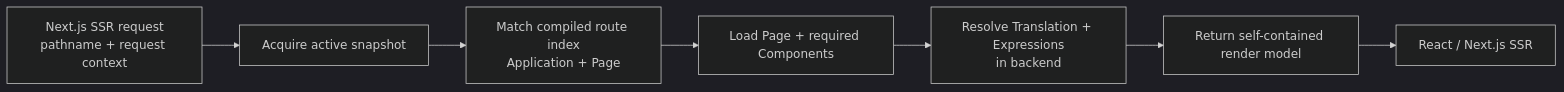
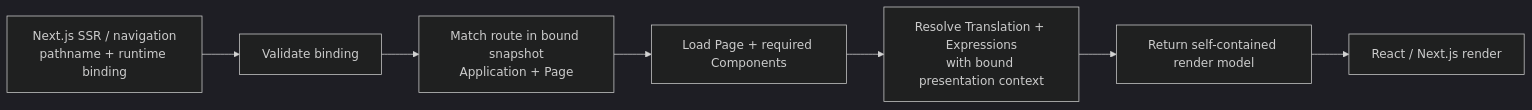
The third of 4 diagrams in content/versions/v0/manuals/runtime.mdx (taskmigo/docs), drawn with Mermaid (dark theme) before and after one commit. The commit also changed other lines of this file, not shown here.

Commit message:
docs: define runtime binding lifecycle

````diff
--- a/content/versions/v0/manuals/runtime.mdx
+++ b/content/versions/v0/manuals/runtime.mdx
@@ -62,9 +125,9 @@
 ```mermaid
 flowchart LR
-  request["Next.js SSR request\npathname + request context"] --> acquire["Acquire active snapshot"]
-  acquire --> route["Match compiled route index\nApplication + Page"]
+  request["Next.js SSR / navigation\npathname + runtime binding"] --> validate["Validate binding"]
+  validate --> route["Match route in bound snapshot\nApplication + Page"]
   route --> render["Load Page + required Components"]
-  render --> expression["Resolve Translation + Expressions\nin backend"]
+  render --> expression["Resolve Translation + Expressions\nwith bound presentation context"]
   expression --> model["Return self-contained render model"]
-  model --> next["React / Next.js SSR"]
+  model --> next["React / Next.js render"]
 ```
````
